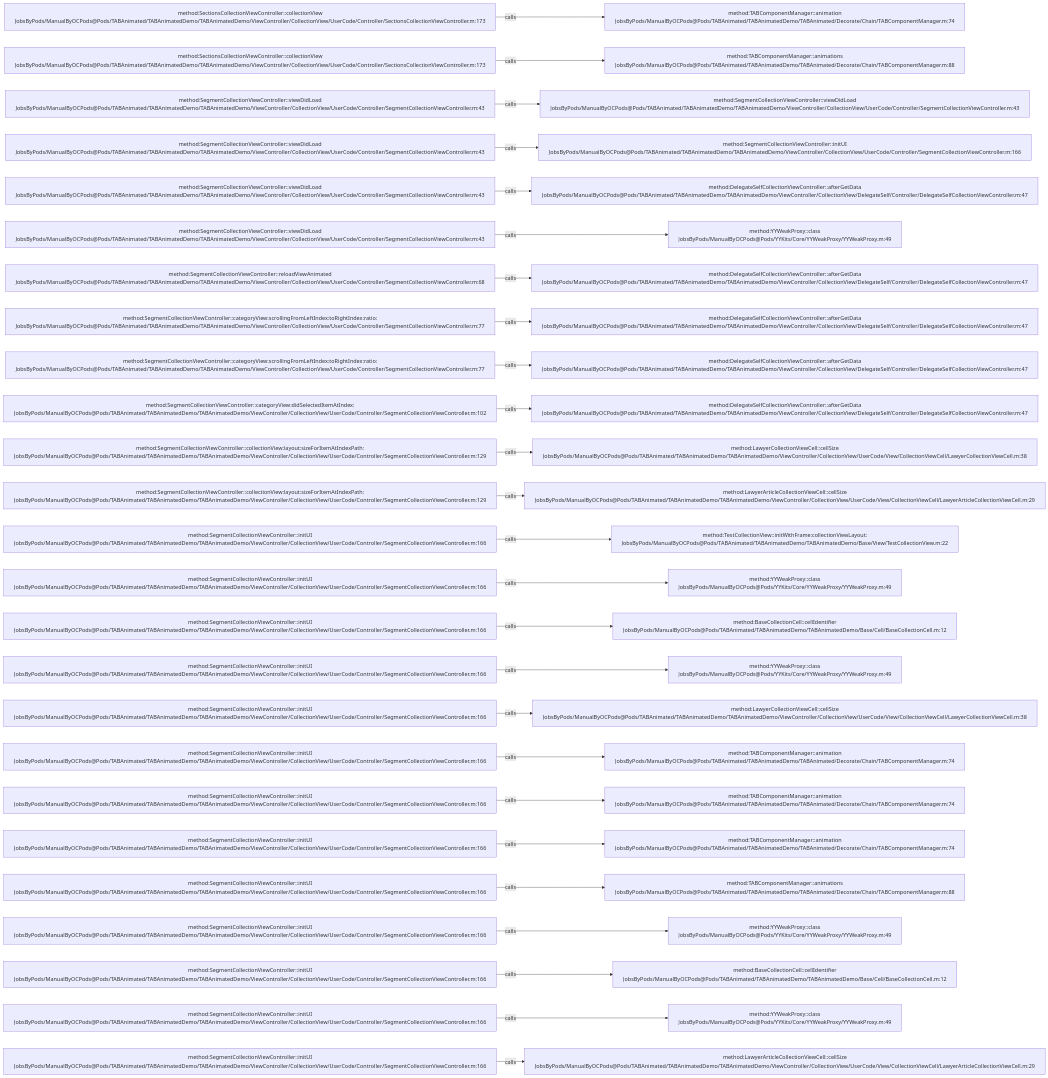
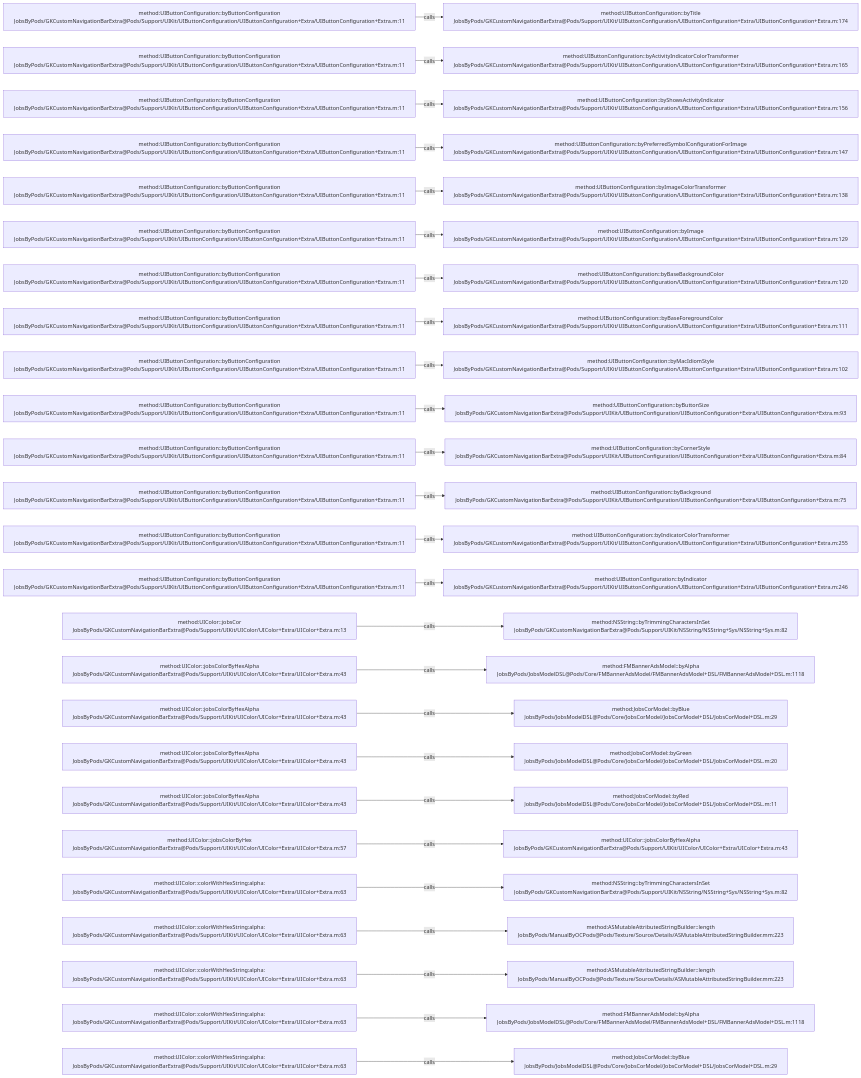
The diagram in .codegraph/codegraph.md/graphs/calls-038.md (JobsKits/JobsOCBaseConfigDemo), drawn with Mermaid before and after one commit. The commit also changed 768 other files, not shown here.

````diff
--- a/.codegraph/codegraph.md/graphs/calls-038.md
+++ b/.codegraph/codegraph.md/graphs/calls-038.md
@@ -13,78 +13,78 @@
 ```mermaid
 flowchart LR
-  S1["method:SectionsCollectionViewController::collectionView<br/>JobsByPods/ManualByOCPods@Pods/TABAnimated/TABAnimatedDemo/TABAnimatedDemo/ViewController/CollectionView/UserCode/Controller/SectionsCollectionViewController.m:173"]
-  T1["method:TABComponentManager::animation<br/>JobsByPods/ManualByOCPods@Pods/TABAnimated/TABAnimatedDemo/TABAnimated/Decorate/Chain/TABComponentManager.m:74"]
+  S1["method:UIButtonConfiguration::byButtonConfiguration<br/>JobsByPods/GKCustomNavigationBarExtra@Pods/Support/UIKit/UIButtonConfiguration/UIButtonConfiguration+Extra/UIButtonConfiguration+Extra.m:11"]
+  T1["method:UIButtonConfiguration::byTitle<br/>JobsByPods/GKCustomNavigationBarExtra@Pods/Support/UIKit/UIButtonConfiguration/UIButtonConfiguration+Extra/UIButtonConfiguration+Extra.m:174"]
   S1 -->|calls| T1
-  S2["method:SectionsCollectionViewController::collectionView<br/>JobsByPods/ManualByOCPods@Pods/TABAnimated/TABAnimatedDemo/TABAnimatedDemo/ViewController/CollectionView/UserCode/Controller/SectionsCollectionViewController.m:173"]
-  T2["method:TABComponentManager::animations<br/>JobsByPods/ManualByOCPods@Pods/TABAnimated/TABAnimatedDemo/TABAnimated/Decorate/Chain/TABComponentManager.m:88"]
+  S2["method:UIButtonConfiguration::byButtonConfiguration<br/>JobsByPods/GKCustomNavigationBarExtra@Pods/Support/UIKit/UIButtonConfiguration/UIButtonConfiguration+Extra/UIButtonConfiguration+Extra.m:11"]
+  T2["method:UIButtonConfiguration::byActivityIndicatorColorTransformer<br/>JobsByPods/GKCustomNavigationBarExtra@Pods/Support/UIKit/UIButtonConfiguration/UIButtonConfiguration+Extra/UIButtonConfiguration+Extra.m:165"]
   S2 -->|calls| T2
-  S3["method:SegmentCollectionViewController::viewDidLoad<br/>JobsByPods/ManualByOCPods@Pods/TABAnimated/TABAnimatedDemo/TABAnimatedDemo/ViewController/CollectionView/UserCode/Controller/SegmentCollectionViewController.m:43"]
-  T3["method:SegmentCollectionViewController::viewDidLoad<br/>JobsByPods/ManualByOCPods@Pods/TABAnimated/TABAnimatedDemo/TABAnimatedDemo/ViewController/CollectionView/UserCode/Controller/SegmentCollectionViewController.m:43"]
+  S3["method:UIButtonConfiguration::byButtonConfiguration<br/>JobsByPods/GKCustomNavigationBarExtra@Pods/Support/UIKit/UIButtonConfiguration/UIButtonConfiguration+Extra/UIButtonConfiguration+Extra.m:11"]
+  T3["method:UIButtonConfiguration::byShowsActivityIndicator<br/>JobsByPods/GKCustomNavigationBarExtra@Pods/Support/UIKit/UIButtonConfiguration/UIButtonConfiguration+Extra/UIButtonConfiguration+Extra.m:156"]
   S3 -->|calls| T3
-  S4["method:SegmentCollectionViewController::viewDidLoad<br/>JobsByPods/ManualByOCPods@Pods/TABAnimated/TABAnimatedDemo/TABAnimatedDemo/ViewController/CollectionView/UserCode/Controller/SegmentCollectionViewController.m:43"]
-  T4["method:SegmentCollectionViewController::initUI<br/>JobsByPods/ManualByOCPods@Pods/TABAnimated/TABAnimatedDemo/TABAnimatedDemo/ViewController/CollectionView/UserCode/Controller/SegmentCollectionViewController.m:166"]
+  S4["method:UIButtonConfiguration::byButtonConfiguration<br/>JobsByPods/GKCustomNavigationBarExtra@Pods/Support/UIKit/UIButtonConfiguration/UIButtonConfiguration+Extra/UIButtonConfiguration+Extra.m:11"]
+  T4["method:UIButtonConfiguration::byPreferredSymbolConfigurationForImage<br/>JobsByPods/GKCustomNavigationBarExtra@Pods/Support/UIKit/UIButtonConfiguration/UIButtonConfiguration+Extra/UIButtonConfiguration+Extra.m:147"]
   S4 -->|calls| T4
-  S5["method:SegmentCollectionViewController::viewDidLoad<br/>JobsByPods/ManualByOCPods@Pods/TABAnimated/TABAnimatedDemo/TABAnimatedDemo/ViewController/CollectionView/UserCode/Controller/SegmentCollectionViewController.m:43"]
-  T5["method:DelegateSelfCollectionViewController::afterGetData<br/>JobsByPods/ManualByOCPods@Pods/TABAnimated/TABAnimatedDemo/TABAnimatedDemo/ViewController/CollectionView/DelegateSelf/Controller/DelegateSelfCollectionViewController.m:47"]
+  S5["method:UIButtonConfiguration::byButtonConfiguration<br/>JobsByPods/GKCustomNavigationBarExtra@Pods/Support/UIKit/UIButtonConfiguration/UIButtonConfiguration+Extra/UIButtonConfiguration+Extra.m:11"]
+  T5["method:UIButtonConfiguration::byImageColorTransformer<br/>JobsByPods/GKCustomNavigationBarExtra@Pods/Support/UIKit/UIButtonConfiguration/UIButtonConfiguration+Extra/UIButtonConfiguration+Extra.m:138"]
   S5 -->|calls| T5
-  S6["method:SegmentCollectionViewController::viewDidLoad<br/>JobsByPods/ManualByOCPods@Pods/TABAnimated/TABAnimatedDemo/TABAnimatedDemo/ViewController/CollectionView/UserCode/Controller/SegmentCollectionViewController.m:43"]
-  T6["method:YYWeakProxy::class<br/>JobsByPods/ManualByOCPods@Pods/YYKits/Core/YYWeakProxy/YYWeakProxy.m:49"]
+  S6["method:UIButtonConfiguration::byButtonConfiguration<br/>JobsByPods/GKCustomNavigationBarExtra@Pods/Support/UIKit/UIButtonConfiguration/UIButtonConfiguration+Extra/UIButtonConfiguration+Extra.m:11"]
+  T6["method:UIButtonConfiguration::byImage<br/>JobsByPods/GKCustomNavigationBarExtra@Pods/Support/UIKit/UIButtonConfiguration/UIButtonConfiguration+Extra/UIButtonConfiguration+Extra.m:129"]
   S6 -->|calls| T6
-  S7["method:SegmentCollectionViewController::reloadViewAnimated<br/>JobsByPods/ManualByOCPods@Pods/TABAnimated/TABAnimatedDemo/TABAnimatedDemo/ViewController/CollectionView/UserCode/Controller/SegmentCollectionViewController.m:68"]
-  T7["method:DelegateSelfCollectionViewController::afterGetData<br/>JobsByPods/ManualByOCPods@Pods/TABAnimated/TABAnimatedDemo/TABAnimatedDemo/ViewController/CollectionView/DelegateSelf/Controller/DelegateSelfCollectionViewController.m:47"]
+  S7["method:UIButtonConfiguration::byButtonConfiguration<br/>JobsByPods/GKCustomNavigationBarExtra@Pods/Support/UIKit/UIButtonConfiguration/UIButtonConfiguration+Extra/UIButtonConfiguration+Extra.m:11"]
+  T7["method:UIButtonConfiguration::byBaseBackgroundColor<br/>JobsByPods/GKCustomNavigationBarExtra@Pods/Support/UIKit/UIButtonConfiguration/UIButtonConfiguration+Extra/UIButtonConfiguration+Extra.m:120"]
   S7 -->|calls| T7
-  S8["method:SegmentCollectionViewController::categoryView:scrollingFromLeftIndex:toRightIndex:ratio:<br/>JobsByPods/ManualByOCPods@Pods/TABAnimated/TABAnimatedDemo/TABAnimatedDemo/ViewController/CollectionView/UserCode/Controller/SegmentCollectionViewController.m:77"]
-  T8["method:DelegateSelfCollectionViewController::afterGetData<br/>JobsByPods/ManualByOCPods@Pods/TABAnimated/TABAnimatedDemo/TABAnimatedDemo/ViewController/CollectionView/DelegateSelf/Controller/DelegateSelfCollectionViewController.m:47"]
+  S8["method:UIButtonConfiguration::byButtonConfiguration<br/>JobsByPods/GKCustomNavigationBarExtra@Pods/Support/UIKit/UIButtonConfiguration/UIButtonConfiguration+Extra/UIButtonConfiguration+Extra.m:11"]
+  T8["method:UIButtonConfiguration::byBaseForegroundColor<br/>JobsByPods/GKCustomNavigationBarExtra@Pods/Support/UIKit/UIButtonConfiguration/UIButtonConfiguration+Extra/UIButtonConfiguration+Extra.m:111"]
   S8 -->|calls| T8
-  S9["method:SegmentCollectionViewController::categoryView:scrollingFromLeftIndex:toRightIndex:ratio:<br/>JobsByPods/ManualByOCPods@Pods/TABAnimated/TABAnimatedDemo/TABAnimatedDemo/ViewController/CollectionView/UserCode/Controller/SegmentCollectionViewController.m:77"]
-  T9["method:DelegateSelfCollectionViewController::afterGetData<br/>JobsByPods/ManualByOCPods@Pods/TABAnimated/TABAnimatedDemo/TABAnimatedDemo/ViewController/CollectionView/DelegateSelf/Controller/DelegateSelfCollectionViewController.m:47"]
+  S9["method:UIButtonConfiguration::byButtonConfiguration<br/>JobsByPods/GKCustomNavigationBarExtra@Pods/Support/UIKit/UIButtonConfiguration/UIButtonConfiguration+Extra/UIButtonConfiguration+Extra.m:11"]
+  T9["method:UIButtonConfiguration::byMacIdiomStyle<br/>JobsByPods/GKCustomNavigationBarExtra@Pods/Support/UIKit/UIButtonConfiguration/UIButtonConfiguration+Extra/UIButtonConfiguration+Extra.m:102"]
   S9 -->|calls| T9
-  S10["method:SegmentCollectionViewController::categoryView:didSelectedItemAtIndex:<br/>JobsByPods/ManualByOCPods@Pods/TABAnimated/TABAnimatedDemo/TABAnimatedDemo/ViewController/CollectionView/UserCode/Controller/SegmentCollectionViewController.m:102"]
-  T10["method:DelegateSelfCollectionViewController::afterGetData<br/>JobsByPods/ManualByOCPods@Pods/TABAnimated/TABAnimatedDemo/TABAnimatedDemo/ViewController/CollectionView/DelegateSelf/Controller/DelegateSelfCollectionViewController.m:47"]
+  S10["method:UIButtonConfiguration::byButtonConfiguration<br/>JobsByPods/GKCustomNavigationBarExtra@Pods/Support/UIKit/UIButtonConfiguration/UIButtonConfiguration+Extra/UIButtonConfiguration+Extra.m:11"]
+  T10["method:UIButtonConfiguration::byButtonSize<br/>JobsByPods/GKCustomNavigationBarExtra@Pods/Support/UIKit/UIButtonConfiguration/UIButtonConfiguration+Extra/UIButtonConfiguration+Extra.m:93"]
   S10 -->|calls| T10
-  S11["method:SegmentCollectionViewController::collectionView:layout:sizeForItemAtIndexPath:<br/>JobsByPods/ManualByOCPods@Pods/TABAnimated/TABAnimatedDemo/TABAnimatedDemo/ViewController/CollectionView/UserCode/Controller/SegmentCollectionViewController.m:129"]
-  T11["method:LawyerCollectionViewCell::cellSize<br/>JobsByPods/ManualByOCPods@Pods/TABAnimated/TABAnimatedDemo/TABAnimatedDemo/ViewController/CollectionView/UserCode/View/CollectionViewCell/LawyerCollectionViewCell.m:38"]
+  S11["method:UIButtonConfiguration::byButtonConfiguration<br/>JobsByPods/GKCustomNavigationBarExtra@Pods/Support/UIKit/UIButtonConfiguration/UIButtonConfiguration+Extra/UIButtonConfiguration+Extra.m:11"]
+  T11["method:UIButtonConfiguration::byCornerStyle<br/>JobsByPods/GKCustomNavigationBarExtra@Pods/Support/UIKit/UIButtonConfiguration/UIButtonConfiguration+Extra/UIButtonConfiguration+Extra.m:84"]
   S11 -->|calls| T11
-  S12["method:SegmentCollectionViewController::collectionView:layout:sizeForItemAtIndexPath:<br/>JobsByPods/ManualByOCPods@Pods/TABAnimated/TABAnimatedDemo/TABAnimatedDemo/ViewController/CollectionView/UserCode/Controller/SegmentCollectionViewController.m:129"]
-  T12["method:LawyerArticleCollectionViewCell::cellSize<br/>JobsByPods/ManualByOCPods@Pods/TABAnimated/TABAnimatedDemo/TABAnimatedDemo/ViewController/CollectionView/UserCode/View/CollectionViewCell/LawyerArticleCollectionViewCell.m:29"]
+  S12["method:UIButtonConfiguration::byButtonConfiguration<br/>JobsByPods/GKCustomNavigationBarExtra@Pods/Support/UIKit/UIButtonConfiguration/UIButtonConfiguration+Extra/UIButtonConfiguration+Extra.m:11"]
+  T12["method:UIButtonConfiguration::byBackground<br/>JobsByPods/GKCustomNavigationBarExtra@Pods/Support/UIKit/UIButtonConfiguration/UIButtonConfiguration+Extra/UIButtonConfiguration+Extra.m:75"]
   S12 -->|calls| T12
-  S13["method:SegmentCollectionViewController::initUI<br/>JobsByPods/ManualByOCPods@Pods/TABAnimated/TABAnimatedDemo/TABAnimatedDemo/ViewController/CollectionView/UserCode/Controller/SegmentCollectionViewController.m:166"]
-  T13["method:TestCollectionView::initWithFrame:collectionViewLayout:<br/>JobsByPods/ManualByOCPods@Pods/TABAnimated/TABAnimatedDemo/TABAnimatedDemo/Base/View/TestCollectionView.m:22"]
+  S13["method:UIButtonConfiguration::byButtonConfiguration<br/>JobsByPods/GKCustomNavigationBarExtra@Pods/Support/UIKit/UIButtonConfiguration/UIButtonConfiguration+Extra/UIButtonConfiguration+Extra.m:11"]
+  T13["method:UIButtonConfiguration::byIndicatorColorTransformer<br/>JobsByPods/GKCustomNavigationBarExtra@Pods/Support/UIKit/UIButtonConfiguration/UIButtonConfiguration+Extra/UIButtonConfiguration+Extra.m:255"]
   S13 -->|calls| T13
-  S14["method:SegmentCollectionViewController::initUI<br/>JobsByPods/ManualByOCPods@Pods/TABAnimated/TABAnimatedDemo/TABAnimatedDemo/ViewController/CollectionView/UserCode/Controller/SegmentCollectionViewController.m:166"]
-  T14["method:YYWeakProxy::class<br/>JobsByPods/ManualByOCPods@Pods/YYKits/Core/YYWeakProxy/YYWeakProxy.m:49"]
+  S14["method:UIButtonConfiguration::byButtonConfiguration<br/>JobsByPods/GKCustomNavigationBarExtra@Pods/Support/UIKit/UIButtonConfiguration/UIButtonConfiguration+Extra/UIButtonConfiguration+Extra.m:11"]
+  T14["method:UIButtonConfiguration::byIndicator<br/>JobsByPods/GKCustomNavigationBarExtra@Pods/Support/UIKit/UIButtonConfiguration/UIButtonConfiguration+Extra/UIButtonConfiguration+Extra.m:246"]
   S14 -->|calls| T14
-  S15["method:SegmentCollectionViewController::initUI<br/>JobsByPods/ManualByOCPods@Pods/TABAnimated/TABAnimatedDemo/TABAnimatedDemo/ViewController/CollectionView/UserCode/Controller/SegmentCollectionViewController.m:166"]
-  T15["method:BaseCollectionCell::cellIdentifier<br/>JobsByPods/ManualByOCPods@Pods/TABAnimated/TABAnimatedDemo/TABAnimatedDemo/Base/Cell/BaseCollectionCell.m:12"]
+  S15["method:UIColor::jobsCor<br/>JobsByPods/GKCustomNavigationBarExtra@Pods/Support/UIKit/UIColor/UIColor+Extra/UIColor+Extra.m:13"]
+  T15["method:NSString::byTrimmingCharactersInSet<br/>JobsByPods/GKCustomNavigationBarExtra@Pods/Support/UIKit/NSString/NSString+Sys/NSString+Sys.m:82"]
   S15 -->|calls| T15
-  S16["method:SegmentCollectionViewController::initUI<br/>JobsByPods/ManualByOCPods@Pods/TABAnimated/TABAnimatedDemo/TABAnimatedDemo/ViewController/CollectionView/UserCode/Controller/SegmentCollectionViewController.m:166"]
-  T16["method:YYWeakProxy::class<br/>JobsByPods/ManualByOCPods@Pods/YYKits/Core/YYWeakProxy/YYWeakProxy.m:49"]
+  S16["method:UIColor::jobsColorByHexAlpha<br/>JobsByPods/GKCustomNavigationBarExtra@Pods/Support/UIKit/UIColor/UIColor+Extra/UIColor+Extra.m:43"]
+  T16["method:FMBannerAdsModel::byAlpha<br/>JobsByPods/JobsModelDSL@Pods/Core/FMBannerAdsModel/FMBannerAdsModel+DSL/FMBannerAdsModel+DSL.m:1118"]
   S16 -->|calls| T16
-  S17["method:SegmentCollectionViewController::initUI<br/>JobsByPods/ManualByOCPods@Pods/TABAnimated/TABAnimatedDemo/TABAnimatedDemo/ViewController/CollectionView/UserCode/Controller/SegmentCollectionViewController.m:166"]
-  T17["method:LawyerCollectionViewCell::cellSize<br/>JobsByPods/ManualByOCPods@Pods/TABAnimated/TABAnimatedDemo/TABAnimatedDemo/ViewController/CollectionView/UserCode/View/CollectionViewCell/LawyerCollectionViewCell.m:38"]
+  S17["method:UIColor::jobsColorByHexAlpha<br/>JobsByPods/GKCustomNavigationBarExtra@Pods/Support/UIKit/UIColor/UIColor+Extra/UIColor+Extra.m:43"]
+  T17["method:JobsCorModel::byBlue<br/>JobsByPods/JobsModelDSL@Pods/Core/JobsCorModel/JobsCorModel+DSL/JobsCorModel+DSL.m:29"]
   S17 -->|calls| T17
-  S18["method:SegmentCollectionViewController::initUI<br/>JobsByPods/ManualByOCPods@Pods/TABAnimated/TABAnimatedDemo/TABAnimatedDemo/ViewController/CollectionView/UserCode/Controller/SegmentCollectionViewController.m:166"]
-  T18["method:TABComponentManager::animation<br/>JobsByPods/ManualByOCPods@Pods/TABAnimated/TABAnimatedDemo/TABAnimated/Decorate/Chain/TABComponentManager.m:74"]
+  S18["method:UIColor::jobsColorByHexAlpha<br/>JobsByPods/GKCustomNavigationBarExtra@Pods/Support/UIKit/UIColor/UIColor+Extra/UIColor+Extra.m:43"]
+  T18["method:JobsCorModel::byGreen<br/>JobsByPods/JobsModelDSL@Pods/Core/JobsCorModel/JobsCorModel+DSL/JobsCorModel+DSL.m:20"]
   S18 -->|calls| T18
-  S19["method:SegmentCollectionViewController::initUI<br/>JobsByPods/ManualByOCPods@Pods/TABAnimated/TABAnimatedDemo/TABAnimatedDemo/ViewController/CollectionView/UserCode/Controller/SegmentCollectionViewController.m:166"]
-  T19["method:TABComponentManager::animation<br/>JobsByPods/ManualByOCPods@Pods/TABAnimated/TABAnimatedDemo/TABAnimated/Decorate/Chain/TABComponentManager.m:74"]
+  S19["method:UIColor::jobsColorByHexAlpha<br/>JobsByPods/GKCustomNavigationBarExtra@Pods/Support/UIKit/UIColor/UIColor+Extra/UIColor+Extra.m:43"]
+  T19["method:JobsCorModel::byRed<br/>JobsByPods/JobsModelDSL@Pods/Core/JobsCorModel/JobsCorModel+DSL/JobsCorModel+DSL.m:11"]
   S19 -->|calls| T19
-  S20["method:SegmentCollectionViewController::initUI<br/>JobsByPods/ManualByOCPods@Pods/TABAnimated/TABAnimatedDemo/TABAnimatedDemo/ViewController/CollectionView/UserCode/Controller/SegmentCollectionViewController.m:166"]
-  T20["method:TABComponentManager::animation<br/>JobsByPods/ManualByOCPods@Pods/TABAnimated/TABAnimatedDemo/TABAnimated/Decorate/Chain/TABComponentManager.m:74"]
+  S20["method:UIColor::jobsColorByHex<br/>JobsByPods/GKCustomNavigationBarExtra@Pods/Support/UIKit/UIColor/UIColor+Extra/UIColor+Extra.m:57"]
+  T20["method:UIColor::jobsColorByHexAlpha<br/>JobsByPods/GKCustomNavigationBarExtra@Pods/Support/UIKit/UIColor/UIColor+Extra/UIColor+Extra.m:43"]
   S20 -->|calls| T20
-  S21["method:SegmentCollectionViewController::initUI<br/>JobsByPods/ManualByOCPods@Pods/TABAnimated/TABAnimatedDemo/TABAnimatedDemo/ViewController/CollectionView/UserCode/Controller/SegmentCollectionViewController.m:166"]
-  T21["method:TABComponentManager::animations<br/>JobsByPods/ManualByOCPods@Pods/TABAnimated/TABAnimatedDemo/TABAnimated/Decorate/Chain/TABComponentManager.m:88"]
+  S21["method:UIColor::colorWithHexString:alpha:<br/>JobsByPods/GKCustomNavigationBarExtra@Pods/Support/UIKit/UIColor/UIColor+Extra/UIColor+Extra.m:63"]
+  T21["method:NSString::byTrimmingCharactersInSet<br/>JobsByPods/GKCustomNavigationBarExtra@Pods/Support/UIKit/NSString/NSString+Sys/NSString+Sys.m:82"]
   S21 -->|calls| T21
-  S22["method:SegmentCollectionViewController::initUI<br/>JobsByPods/ManualByOCPods@Pods/TABAnimated/TABAnimatedDemo/TABAnimatedDemo/ViewController/CollectionView/UserCode/Controller/SegmentCollectionViewController.m:166"]
-  T22["method:YYWeakProxy::class<br/>JobsByPods/ManualByOCPods@Pods/YYKits/Core/YYWeakProxy/YYWeakProxy.m:49"]
+  S22["method:UIColor::colorWithHexString:alpha:<br/>JobsByPods/GKCustomNavigationBarExtra@Pods/Support/UIKit/UIColor/UIColor+Extra/UIColor+Extra.m:63"]
+  T22["method:ASMutableAttributedStringBuilder::length<br/>JobsByPods/ManualByOCPods@Pods/Texture/Source/Details/ASMutableAttributedStringBuilder.mm:223"]
   S22 -->|calls| T22
-  S23["method:SegmentCollectionViewController::initUI<br/>JobsByPods/ManualByOCPods@Pods/TABAnimated/TABAnimatedDemo/TABAnimatedDemo/ViewController/CollectionView/UserCode/Controller/SegmentCollectionViewController.m:166"]
-  T23["method:BaseCollectionCell::cellIdentifier<br/>JobsByPods/ManualByOCPods@Pods/TABAnimated/TABAnimatedDemo/TABAnimatedDemo/Base/Cell/BaseCollectionCell.m:12"]
+  S23["method:UIColor::colorWithHexString:alpha:<br/>JobsByPods/GKCustomNavigationBarExtra@Pods/Support/UIKit/UIColor/UIColor+Extra/UIColor+Extra.m:63"]
+  T23["method:ASMutableAttributedStringBuilder::length<br/>JobsByPods/ManualByOCPods@Pods/Texture/Source/Details/ASMutableAttributedStringBuilder.mm:223"]
   S23 -->|calls| T23
-  S24["method:SegmentCollectionViewController::initUI<br/>JobsByPods/ManualByOCPods@Pods/TABAnimated/TABAnimatedDemo/TABAnimatedDemo/ViewController/CollectionView/UserCode/Controller/SegmentCollectionViewController.m:166"]
-  T24["method:YYWeakProxy::class<br/>JobsByPods/ManualByOCPods@Pods/YYKits/Core/YYWeakProxy/YYWeakProxy.m:49"]
+  S24["method:UIColor::colorWithHexString:alpha:<br/>JobsByPods/GKCustomNavigationBarExtra@Pods/Support/UIKit/UIColor/UIColor+Extra/UIColor+Extra.m:63"]
+  T24["method:FMBannerAdsModel::byAlpha<br/>JobsByPods/JobsModelDSL@Pods/Core/FMBannerAdsModel/FMBannerAdsModel+DSL/FMBannerAdsModel+DSL.m:1118"]
   S24 -->|calls| T24
-  S25["method:SegmentCollectionViewController::initUI<br/>JobsByPods/ManualByOCPods@Pods/TABAnimated/TABAnimatedDemo/TABAnimatedDemo/ViewController/CollectionView/UserCode/Controller/SegmentCollectionViewController.m:166"]
-  T25["method:LawyerArticleCollectionViewCell::cellSize<br/>JobsByPods/ManualByOCPods@Pods/TABAnimated/TABAnimatedDemo/TABAnimatedDemo/ViewController/CollectionView/UserCode/View/CollectionViewCell/LawyerArticleCollectionViewCell.m:29"]
+  S25["method:UIColor::colorWithHexString:alpha:<br/>JobsByPods/GKCustomNavigationBarExtra@Pods/Support/UIKit/UIColor/UIColor+Extra/UIColor+Extra.m:63"]
+  T25["method:JobsCorModel::byBlue<br/>JobsByPods/JobsModelDSL@Pods/Core/JobsCorModel/JobsCorModel+DSL/JobsCorModel+DSL.m:29"]
   S25 -->|calls| T25
 ```
````
